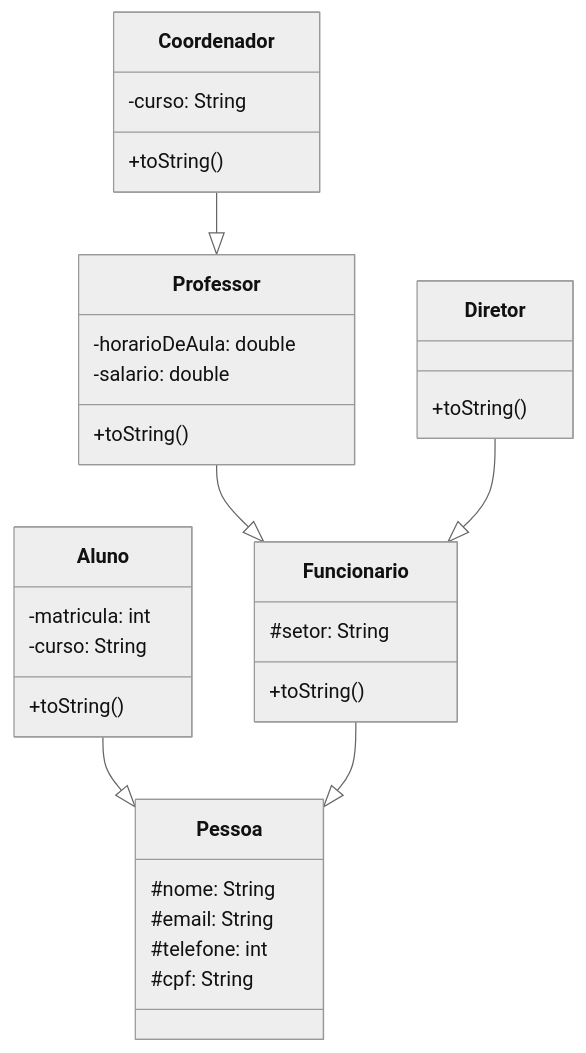
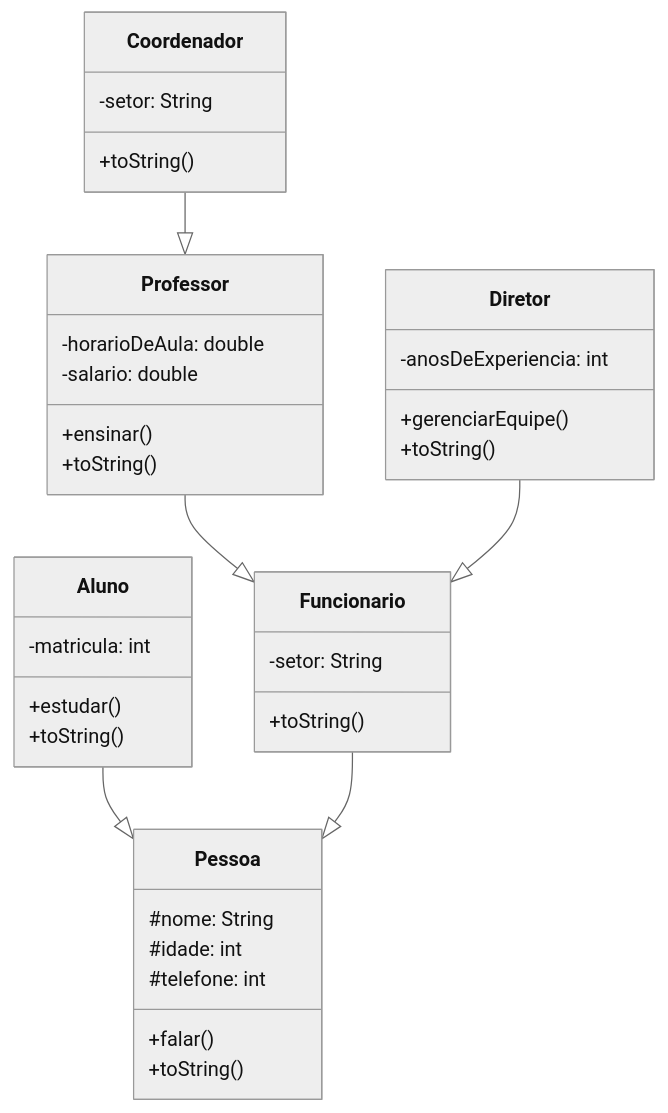
One commit to thaliab13-web/POO changed the first of 4 diagrams in Heranca/src/main/java/ads/poo/pacote/README.md. Above: the diagram before and after it, drawn with Mermaid (neutral theme). The commit also changed other lines of this file and 1 other file, not shown here.

````diff
--- a/Heranca/src/main/java/ads/poo/pacote/README.md
+++ b/Heranca/src/main/java/ads/poo/pacote/README.md
@@ -2,47 +2,45 @@
 ```mermaid
 
 
 classDiagram
-
-    
         class Aluno {
             -matricula: int
-            -curso: String
+            +estudar()
+            +toString()
+        }
+        class Professor {
+            -horarioDeAula: double
+            -salario: double
+            +ensinar()
             +toString()
         }
         
-        class Professor {
-            -horarioDeAula: double
-            -salario: double
+        class Coordenador {
+            -setor: String
             +toString()
-
-        }
-        
-        class Coordenador {
-            -curso: String
-            +toString()
-
         }
         
         class Diretor {
-            
+            -anosDeExperiencia: int
+            +gerenciarEquipe()
             +toString()
         }
         class Pessoa {
             #nome: String
-            #email: String
+            #idade: int
             #telefone: int
-            #cpf: String
+            +falar()
+            +toString()
             
         }
         class Funcionario {
-            #setor: String
+            -setor: String
             +toString()
         }
     Aluno --|> Pessoa
+    Funcionario --|> Pessoa
     Professor --|> Funcionario
     Coordenador --|> Professor
     Diretor --|> Funcionario
-    Funcionario --|> Pessoa
     
 ```
````
